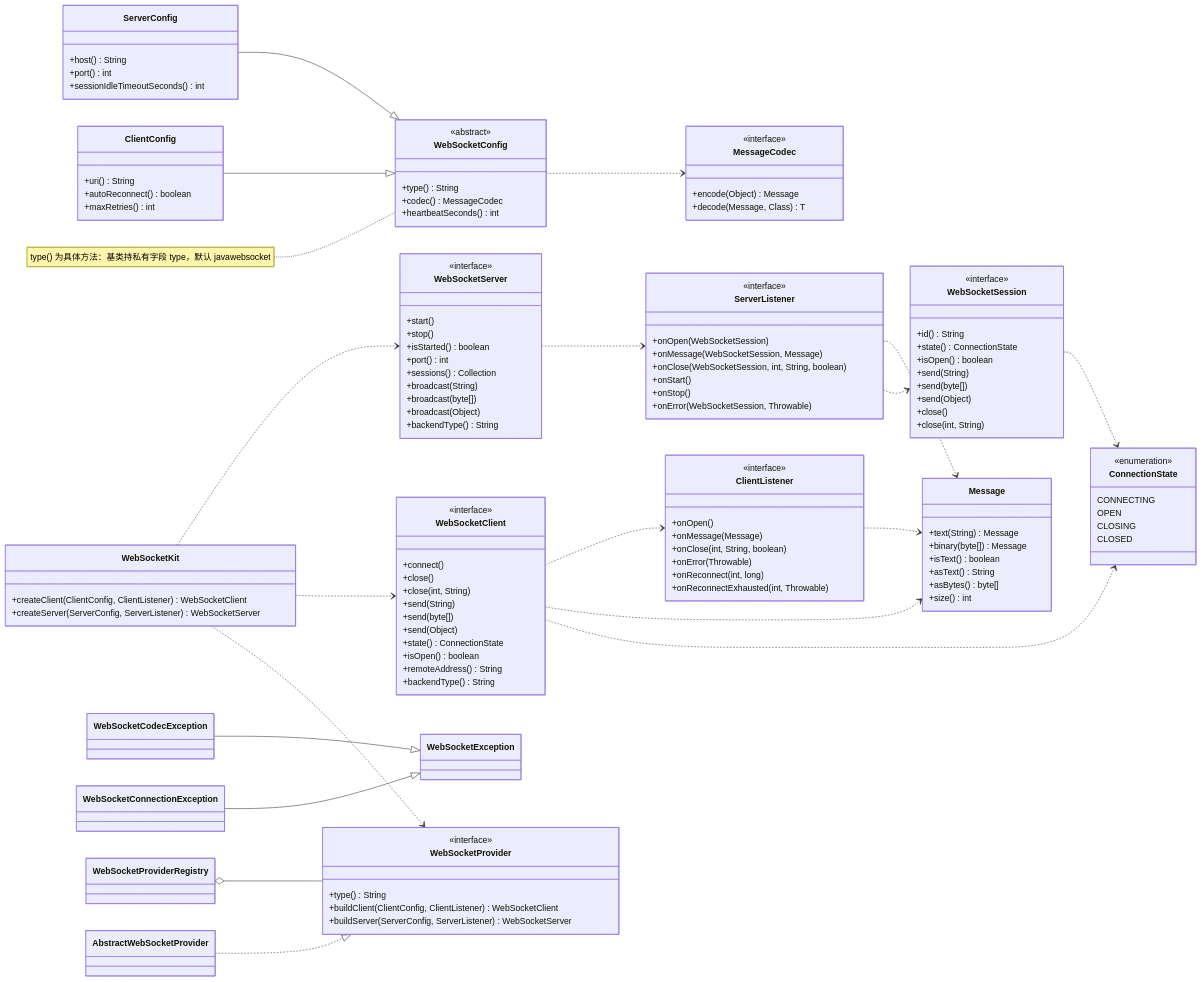
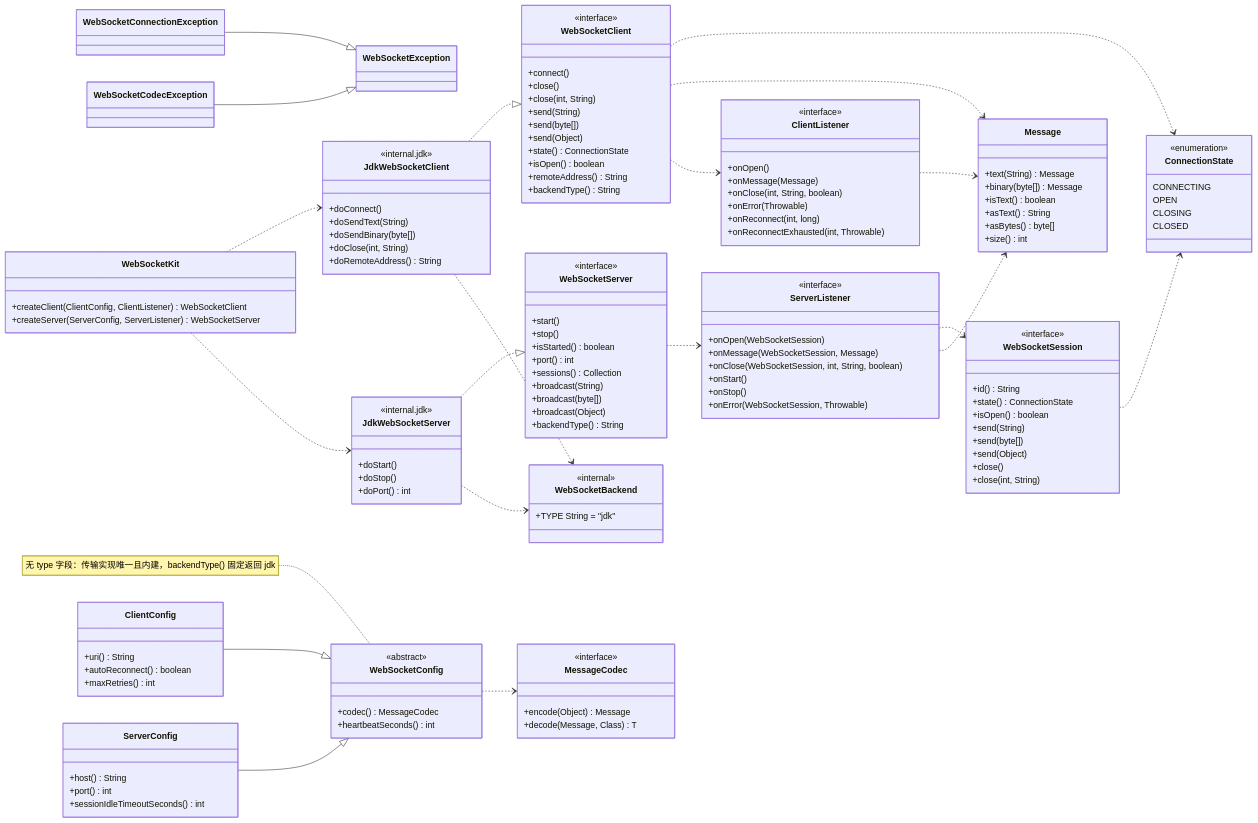
One commit to gollyhu/aifei-eco-modules changed the fifth of 5 diagrams in aifei-websocket/docs/design.md. Above: the diagram before and after it, drawn with Mermaid. The commit also changed other lines of this file and 49 other files, not shown here.

Commit message:
将 websocket 传输层改为 JDK 自实现 RFC6455 并移除 provider 扩展点

````diff
--- a/aifei-websocket/docs/design.md
+++ b/aifei-websocket/docs/design.md
@@ -1252,11 +1235,10 @@
     }
     class WebSocketConfig {
         <<abstract>>
-        +type() String
         +codec() MessageCodec
         +heartbeatSeconds() int
     }
-    note for WebSocketConfig "type() 为具体方法：基类持私有字段 type，默认 javawebsocket"
+    note for WebSocketConfig "无 type 字段：传输实现唯一且内建，backendType() 固定返回 jdk"
     class ClientConfig {
         +uri() String
         +autoReconnect() boolean
@@ -1279,21 +1261,31 @@
         +encode(Object) Message
         +decode(Message, Class) T
     }
-    class WebSocketProvider {
-        <<interface>>
-        +type() String
-        +buildClient(ClientConfig, ClientListener) WebSocketClient
-        +buildServer(ServerConfig, ServerListener) WebSocketServer
+    class WebSocketBackend {
+        <<internal>>
+        +TYPE String = "jdk"
     }
-    class AbstractWebSocketProvider
-    class WebSocketProviderRegistry
+    class JdkWebSocketClient {
+        <<internal.jdk>>
+        +doConnect()
+        +doSendText(String)
+        +doSendBinary(byte[])
+        +doClose(int, String)
+        +doRemoteAddress() String
+    }
+    class JdkWebSocketServer {
+        <<internal.jdk>>
+        +doStart()
+        +doStop()
+        +doPort() int
+    }
 
     ClientConfig --|> WebSocketConfig
     ServerConfig --|> WebSocketConfig
     WebSocketConnectionException --|> WebSocketException
     WebSocketCodecException --|> WebSocketException
-    AbstractWebSocketProvider ..|> WebSocketProvider
-    WebSocketProviderRegistry o-- WebSocketProvider
+    JdkWebSocketClient ..|> WebSocketClient
+    JdkWebSocketServer ..|> WebSocketServer
 
     WebSocketClient ..> ConnectionState
     WebSocketClient ..> Message
@@ -1304,7 +1296,8 @@
     ClientListener ..> Message
     ServerListener ..> Message
     WebSocketConfig ..> MessageCodec
-    WebSocketKit ..> WebSocketProvider
-    WebSocketKit ..> WebSocketClient
-    WebSocketKit ..> WebSocketServer
+    WebSocketKit ..> JdkWebSocketClient
+    WebSocketKit ..> JdkWebSocketServer
+    JdkWebSocketClient ..> WebSocketBackend
+    JdkWebSocketServer ..> WebSocketBackend
 ```
````
